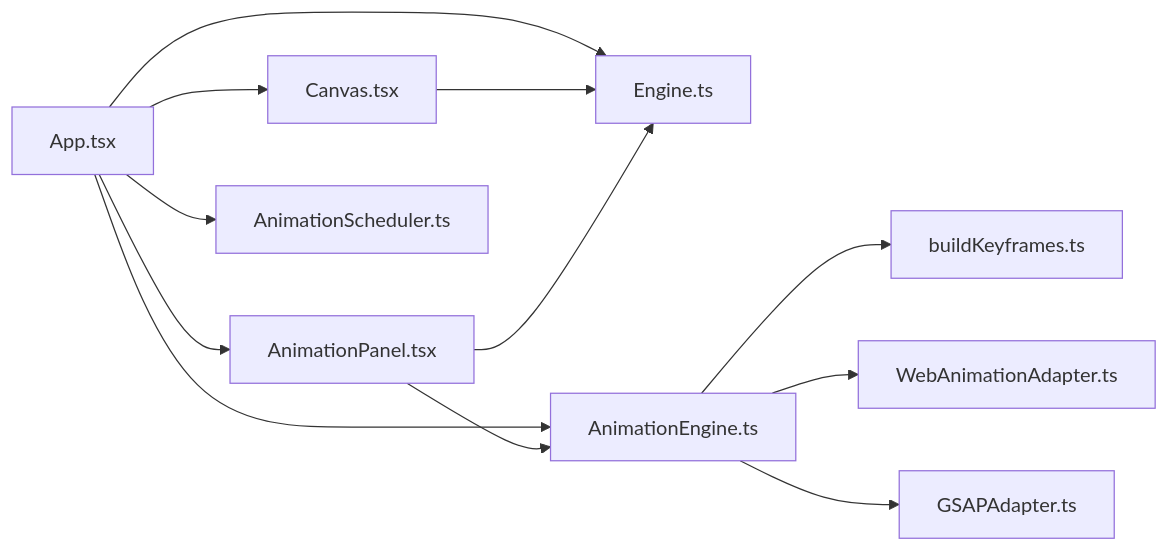
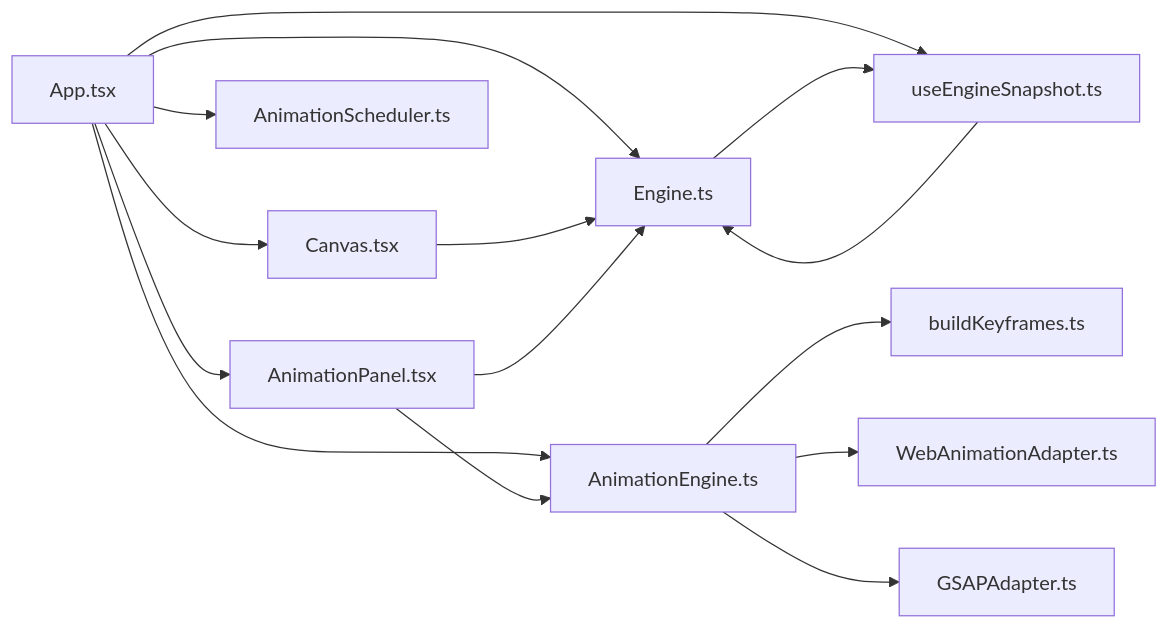
One commit to Anna0314zy/ai_editor_enginer changed the fourth of 4 diagrams in .qoder/repowiki/zh/content/API参考/API参考.md. Above: the diagram before and after it, drawn with Mermaid. The commit also changed other lines of this file and 25 other files, not shown here.

````diff
--- a/.qoder/repowiki/zh/content/API参考/API参考.md
+++ b/.qoder/repowiki/zh/content/API参考/API参考.md
@@ -447,14 +532,17 @@
 ```mermaid
 graph LR
 APP["App.tsx"] --> CANVAS["Canvas.tsx"]
 APP --> ANIM_PANEL["AnimationPanel.tsx"]
+APP --> HOOKS["useEngineSnapshot.ts"]
 APP --> ENGINE["Engine.ts"]
 APP --> ANIM_ENGINE["AnimationEngine.ts"]
 APP --> SCHEDULER["AnimationScheduler.ts"]
 CANVAS --> ENGINE
 ANIM_PANEL --> ENGINE
 ANIM_PANEL --> ANIM_ENGINE
+HOOKS --> ENGINE
+ENGINE --> HOOKS
 ANIM_ENGINE --> KEYFRAMES["buildKeyframes.ts"]
 ANIM_ENGINE --> ADAPTER_WA["WebAnimationAdapter.ts"]
 ANIM_ENGINE --> ADAPTER_GSAP["GSAPAdapter.ts"]
 ```
````
